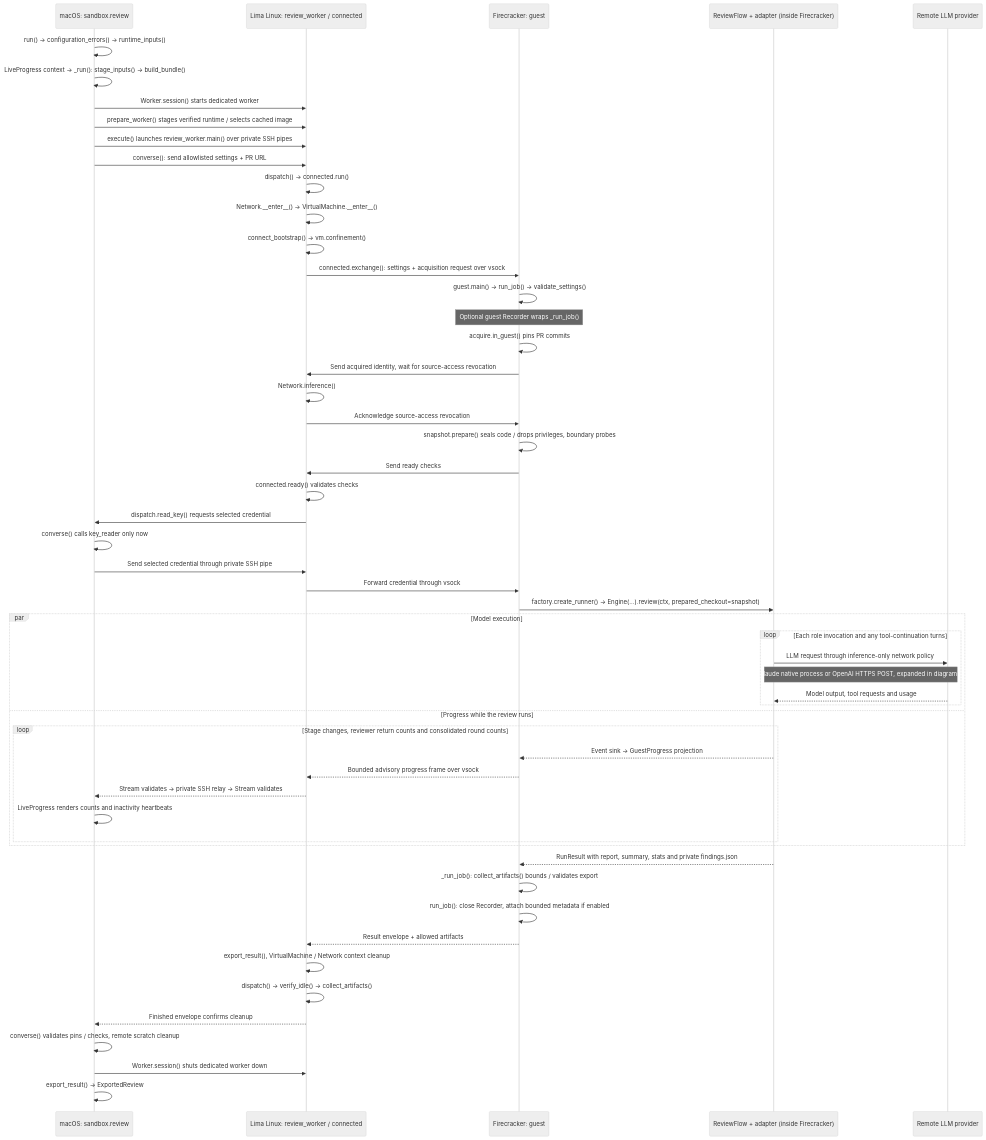
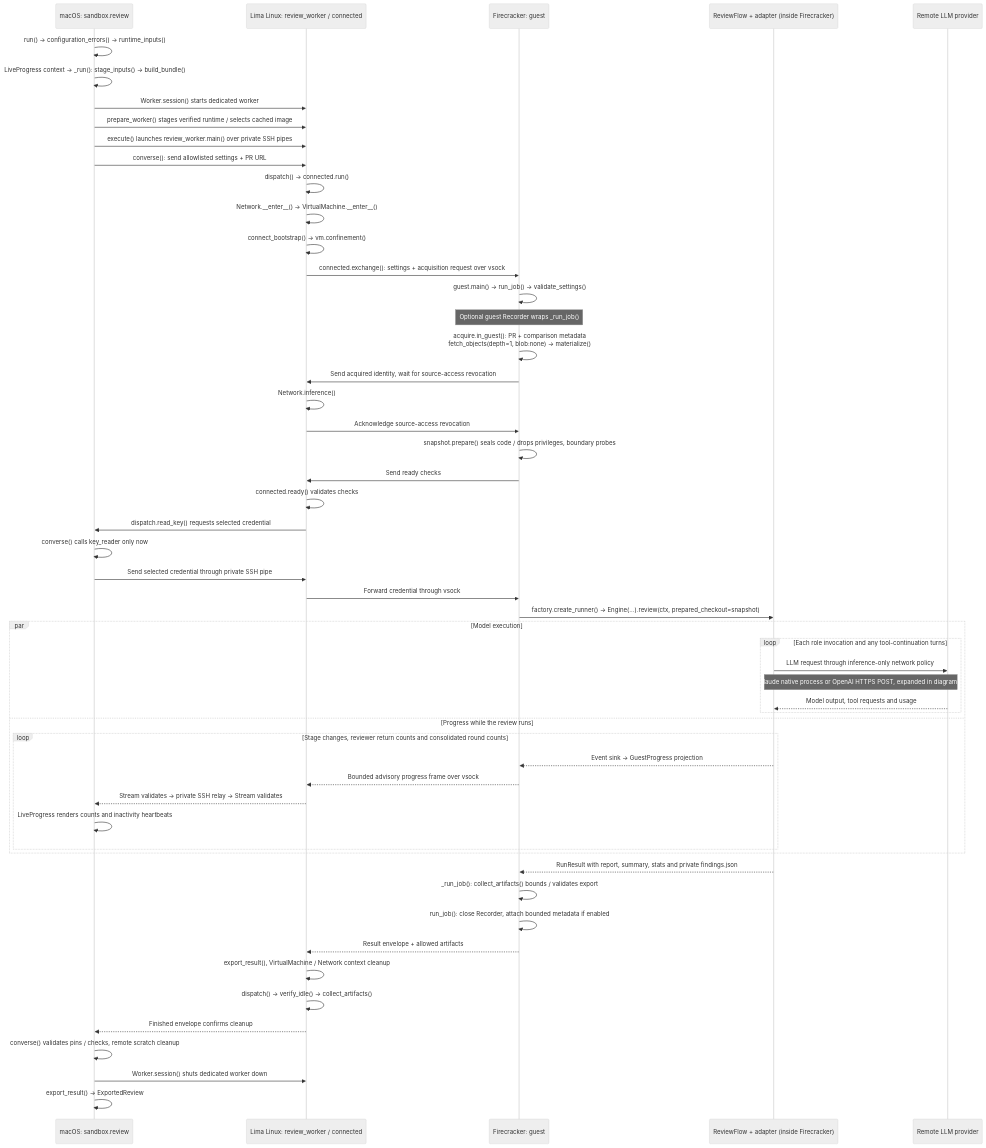
Before and after one commit to sskelkar/code-reviewer: the second of 6 diagrams in docs/project-explainer.md, drawn with Mermaid (neutral theme). The commit also changed other lines of this file and 33 other files, not shown here.

````diff
--- a/docs/project-explainer.md
+++ b/docs/project-explainer.md
@@ -52,56 +54,56 @@
 ```mermaid
 sequenceDiagram
     participant CLI as macOS: sandbox.review
     participant Worker as Lima Linux: review_worker / connected
     participant VM as Firecracker: guest
     participant Core as ReviewFlow + adapter (inside Firecracker)
     participant Provider as Remote LLM provider
     CLI->>CLI: run() → configuration_errors() → runtime_inputs()
     CLI->>CLI: LiveProgress context → _run(): stage_inputs() → build_bundle()
     CLI->>Worker: Worker.session() starts dedicated worker
     CLI->>Worker: prepare_worker() stages verified runtime / selects cached image
     CLI->>Worker: execute() launches review_worker.main() over private SSH pipes
     CLI->>Worker: converse(): send allowlisted settings + PR URL
     Worker->>Worker: dispatch() → connected.run()
     Worker->>Worker: Network.__enter__() → VirtualMachine.__enter__()
     Worker->>Worker: connect_bootstrap() → vm.confinement()
     Worker->>VM: connected.exchange(): settings + acquisition request over vsock
     VM->>VM: guest.main() → run_job() → validate_settings()
     Note over VM: Optional guest Recorder wraps _run_job()
-    VM->>VM: acquire.in_guest() pins PR commits
+    VM->>VM: acquire.in_guest(): PR + comparison metadata<br/>fetch_objects(depth=1, blob:none) → materialize()
     VM->>Worker: Send acquired identity, wait for source-access revocation
     Worker->>Worker: Network.inference()
     Worker->>VM: Acknowledge source-access revocation
     VM->>VM: snapshot.prepare() seals code / drops privileges, boundary probes
     VM->>Worker: Send ready checks
     Worker->>Worker: connected.ready() validates checks
     Worker->>CLI: dispatch.read_key() requests selected credential
     CLI->>CLI: converse() calls key_reader only now
     CLI->>Worker: Send selected credential through private SSH pipe
     Worker->>VM: Forward credential through vsock
     VM->>Core: factory.create_runner() → Engine(...).review(ctx, prepared_checkout=snapshot)
     par Model execution
         loop Each role invocation and any tool-continuation turns
             Core->>Provider: LLM request through inference-only network policy
             Note over Core,Provider: Claude native process or OpenAI HTTPS POST, expanded in diagram 4
             Provider-->>Core: Model output, tool requests and usage
         end
     and Progress while the review runs
         loop Stage changes, reviewer return counts and consolidated round counts
             Core-->>VM: Event sink → GuestProgress projection
             VM-->>Worker: Bounded advisory progress frame over vsock
             Worker-->>CLI: Stream validates → private SSH relay → Stream validates
             CLI->>CLI: LiveProgress renders counts and inactivity heartbeats
         end
     end
     Core-->>VM: RunResult with report, summary, stats and private findings.json
     VM->>VM: _run_job(): collect_artifacts() bounds / validates export
     VM->>VM: run_job(): close Recorder, attach bounded metadata if enabled
     VM-->>Worker: Result envelope + allowed artifacts
     Worker->>Worker: export_result(), VirtualMachine / Network context cleanup
     Worker->>Worker: dispatch() → verify_idle() → collect_artifacts()
     Worker-->>CLI: Finished envelope confirms cleanup
     CLI->>CLI: converse() validates pins / checks, remote scratch cleanup
     CLI->>Worker: Worker.session() shuts dedicated worker down
     CLI->>CLI: export_result() → ExportedReview
 ```
````
